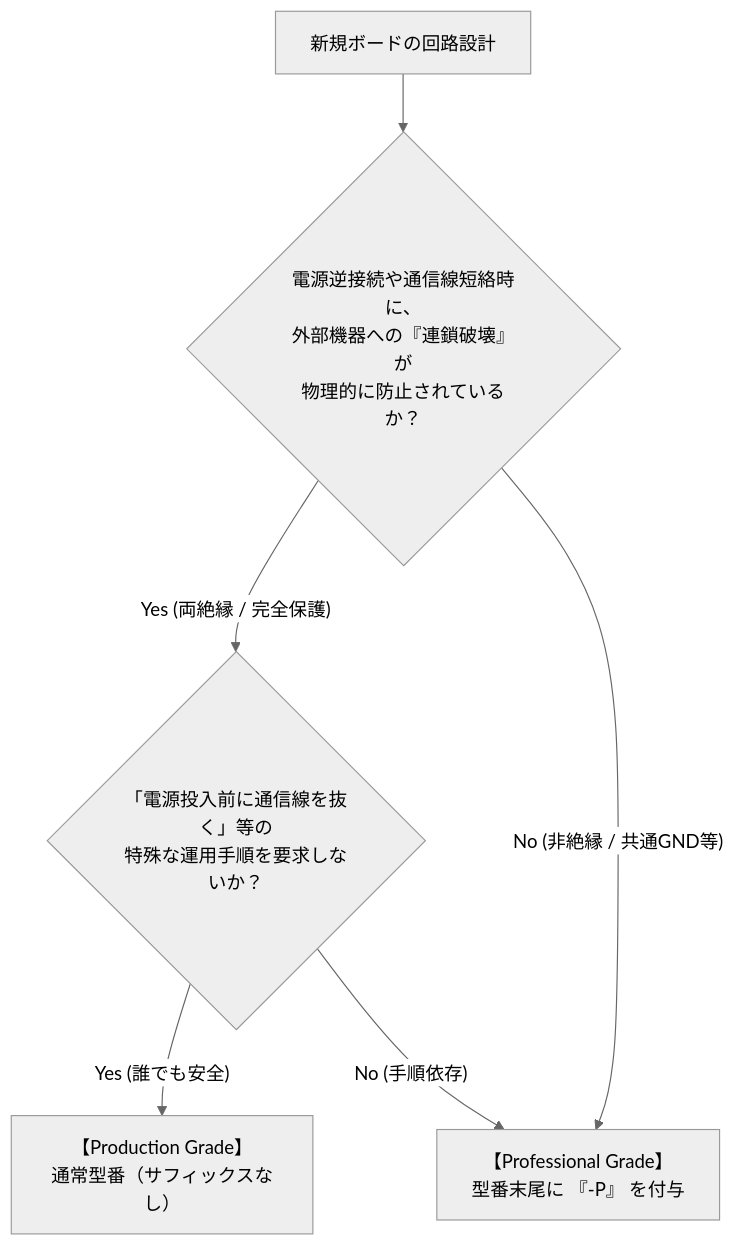
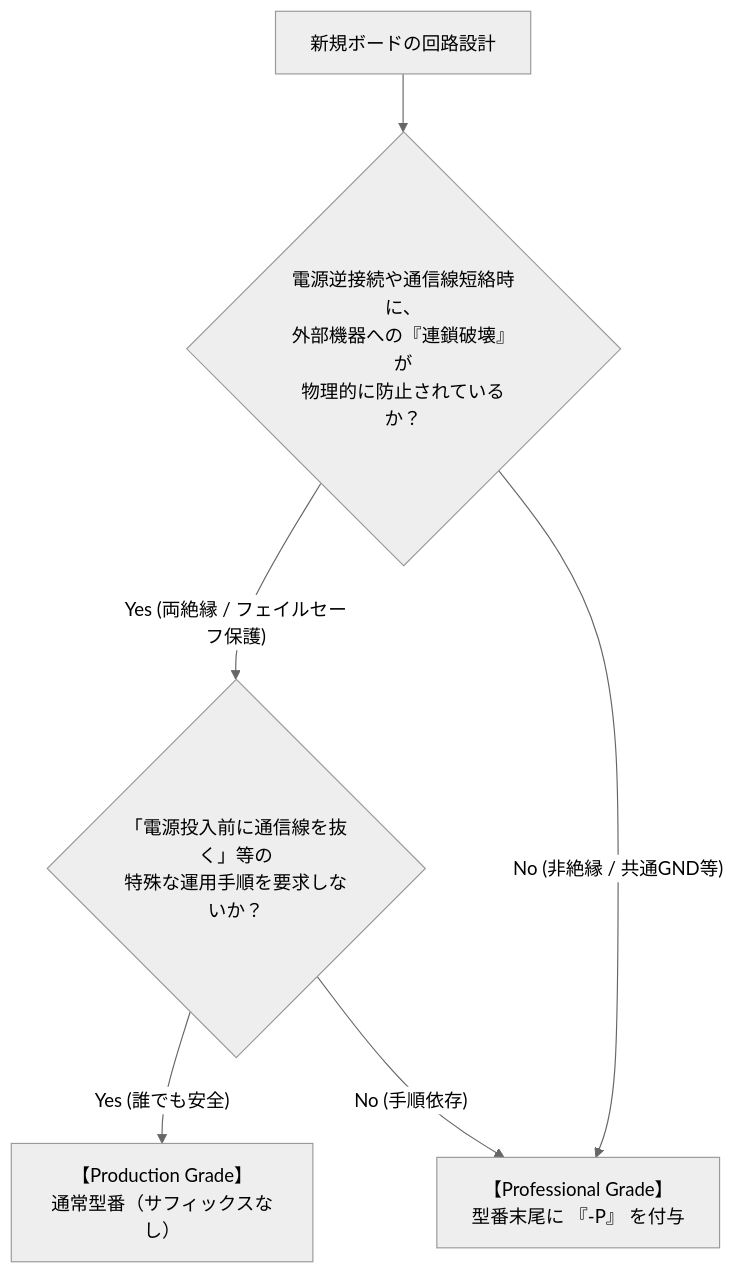
The diagram in docs/ja/hardware_naming_rules.md (Masafuro/ADX), drawn with Mermaid (neutral theme) before and after one commit. The commit also changed other lines of this file and 6 other files, not shown here.

````diff
--- a/docs/ja/hardware_naming_rules.md
+++ b/docs/ja/hardware_naming_rules.md
@@ -54,8 +54,8 @@
 ```mermaid
 graph TD
     Start["新規ボードの回路設計"] --> Q1{"電源逆接続や通信線短絡時に、<br/>外部機器への『連鎖破壊』が<br/>物理的に防止されているか？"}
-    Q1 -- "Yes (両絶縁 / 完全保護)" --> Q2{"「電源投入前に通信線を抜く」等の<br/>特殊な運用手順を要求しないか？"}
+    Q1 -- "Yes (両絶縁 / フェイルセーフ保護)" --> Q2{"「電源投入前に通信線を抜く」等の<br/>特殊な運用手順を要求しないか？"}
     Q1 -- "No (非絶縁 / 共通GND等)" --> TierP["【Professional Grade】<br/>型番末尾に 『-P』 を付与"]
     Q2 -- "Yes (誰でも安全)" --> TierProd["【Production Grade】<br/>通常型番（サフィックスなし）"]
     Q2 -- "No (手順依存)" --> TierP
 ```
````
